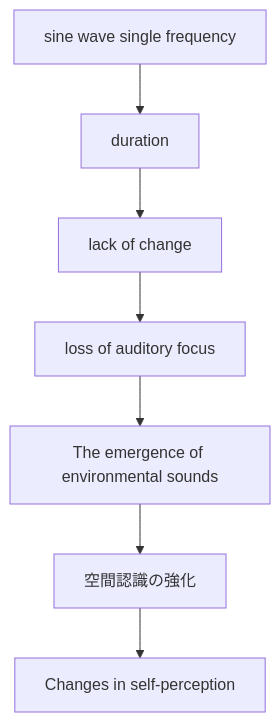
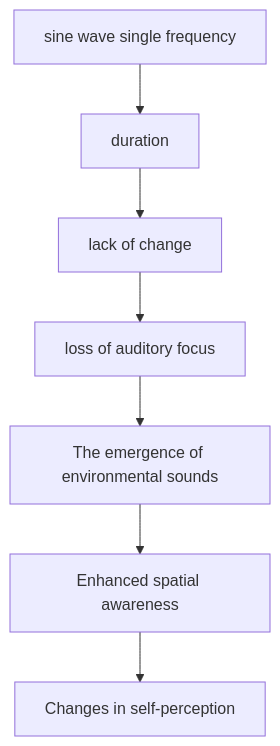
One commit to monumental-movement/monumental-movement.github.io changed the first of 11 diagrams in en/_posts/2026-04-18-column-sachiko-m.md. Above: the diagram before and after it, drawn with Mermaid. The commit also changed other lines of this file and 497 other files, not shown here.

```diff
--- a/en/_posts/2026-04-18-column-sachiko-m.md
+++ b/en/_posts/2026-04-18-column-sachiko-m.md
@@ -216,9 +216,9 @@
 <div class="mermaid">
 flowchart TD
     A[sine wave single frequency] --> B[duration]
     B --> C[lack of change]
     C --> D[loss of auditory focus]
     D --> E[The emergence of environmental sounds]
-    E --> F[空間認識の強化]
+    E --> F[Enhanced spatial awareness]
     F --> G[Changes in self-perception]
 </div>
```
